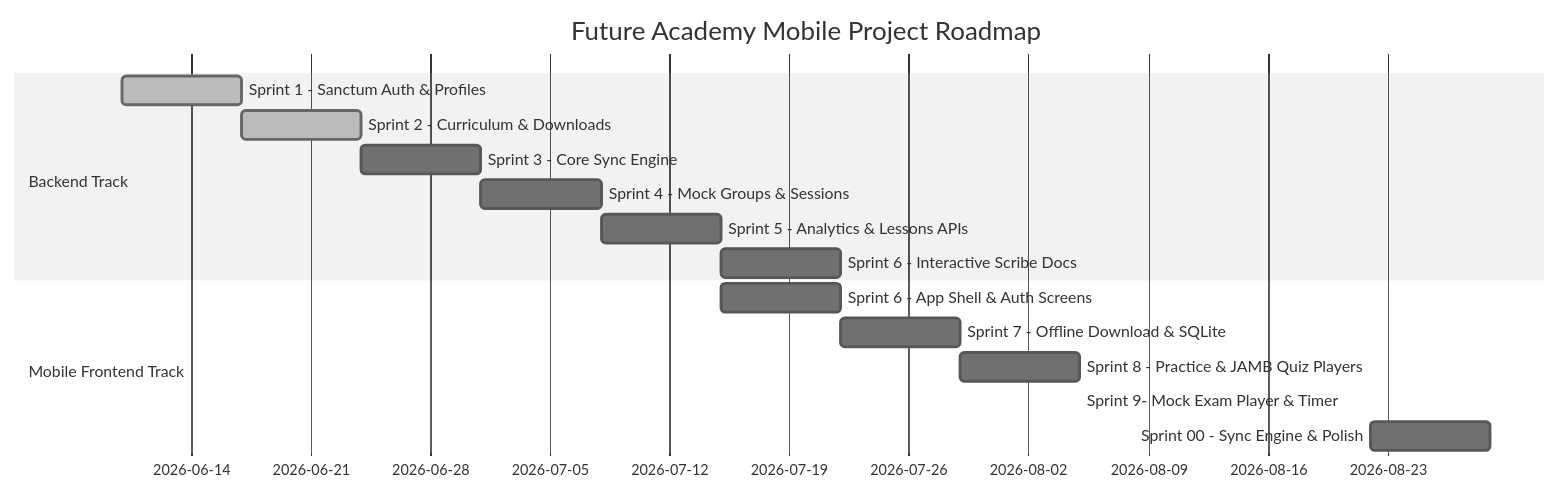
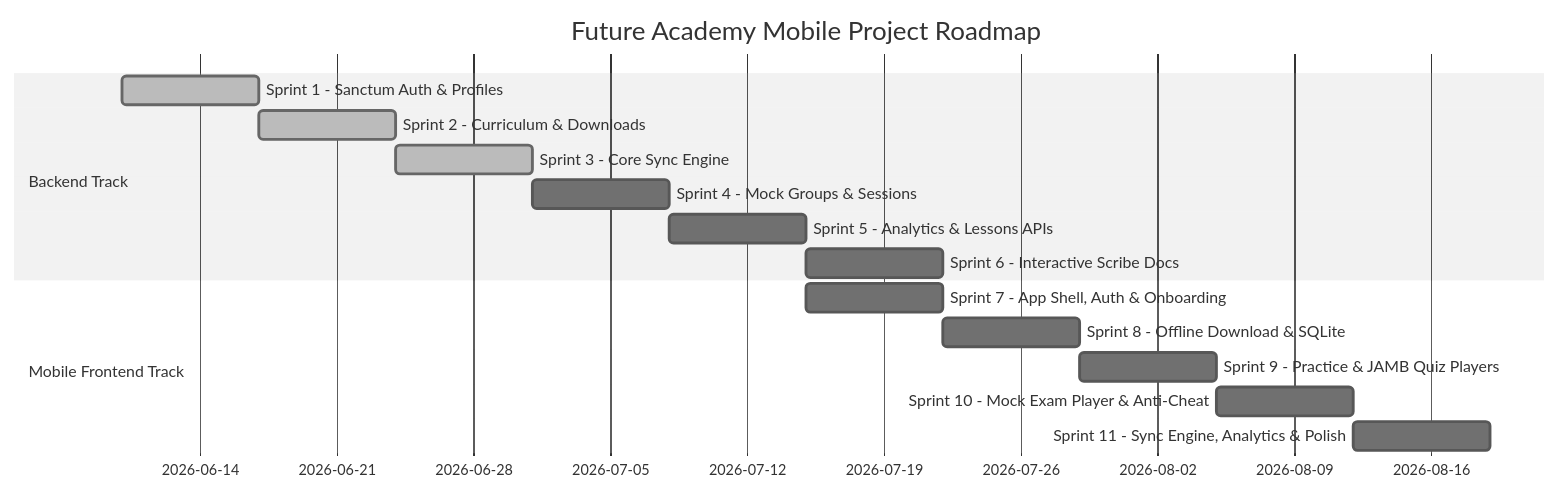
One commit to bashyauri/future-academy changed the diagram in MILESTONES.md. Above: the diagram before and after it, drawn with Mermaid (neutral theme). The commit also changed other lines of this file and 4 other files, not shown here.

````diff
--- a/MILESTONES.md
+++ b/MILESTONES.md
@@ -9,20 +9,20 @@
 ```mermaid
 gantt
     title Future Academy Mobile Project Roadmap
     dateFormat  YYYY-MM-DD
 
     section Backend Track
     Sprint 1 - Sanctum Auth & Profiles       :done, milestone1, 2026-06-10, 7d
     Sprint 2 - Curriculum & Downloads         :done, milestone2, 2026-06-17, 7d
-    Sprint 3 - Core Sync Engine               :milestone3, 2026-06-24, 7d
+    Sprint 3 - Core Sync Engine               :done, milestone3, 2026-06-24, 7d
     Sprint 4 - Mock Groups & Sessions         :milestone4, 2026-07-01, 7d
     Sprint 5 - Analytics & Lessons APIs       :milestone5, 2026-07-08, 7d
     Sprint 6 - Interactive Scribe Docs        :milestone6, 2026-07-15, 7d
 
     section Mobile Frontend Track
-    Sprint 6 - App Shell & Auth Screens       :milestone6, 2026-07-15, 7d
-    Sprint 7 - Offline Download & SQLite      :milestone7, 2026-07-22, 7d
-    Sprint 8 - Practice & JAMB Quiz Players   :milestone8, 2026-07-29, 7d
-    Sprint 9- Mock Exam Player & Timer        :milestone9 2026-08-005 7d
-    Sprint 00 - Sync Engine & Polish           :mileston100, 2026-08-22, 7d
+    Sprint 7 - App Shell, Auth & Onboarding   :milestone7, 2026-07-15, 7d
+    Sprint 8 - Offline Download & SQLite      :milestone8, 2026-07-22, 7d
+    Sprint 9 - Practice & JAMB Quiz Players   :milestone9, 2026-07-29, 7d
+    Sprint 10 - Mock Exam Player & Anti-Cheat  :milestone10, 2026-08-05, 7d
+    Sprint 11 - Sync Engine, Analytics & Polish:milestone11, 2026-08-12, 7d
 ```
````
